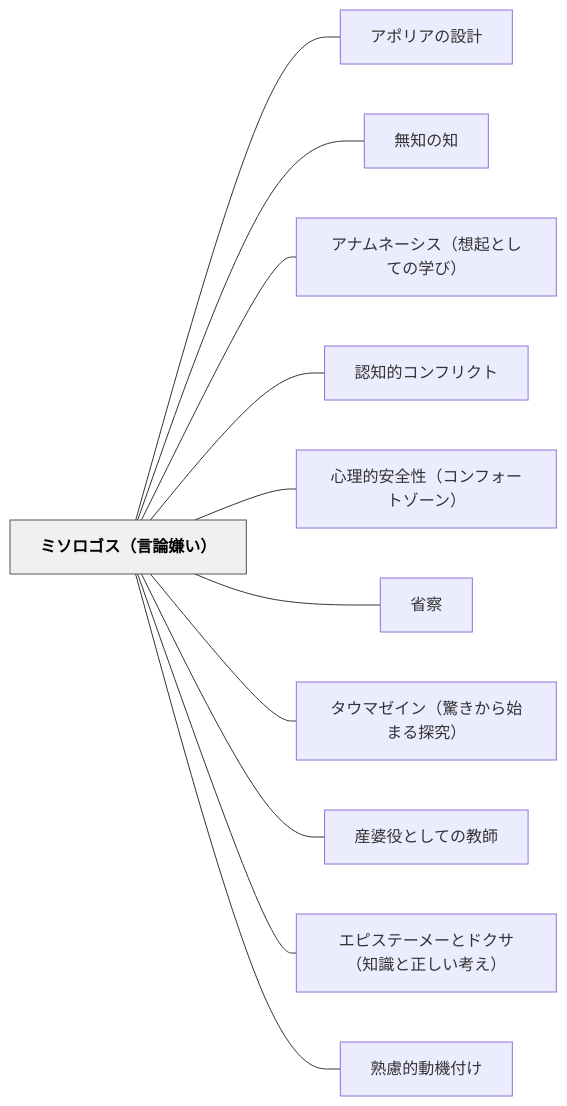
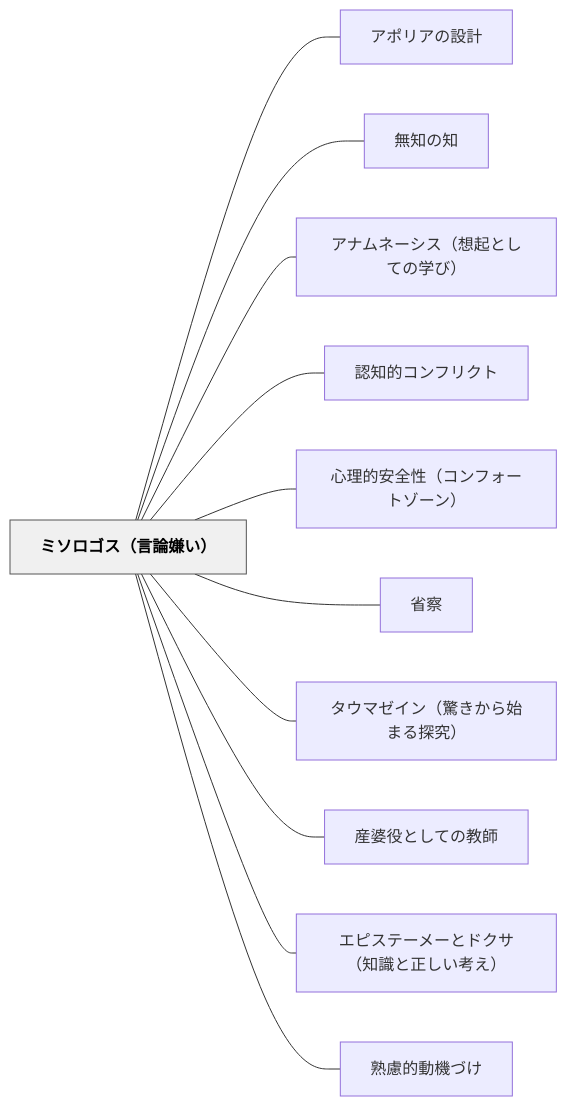
The diagram in content/パタン/ミソロゴス（言論嫌い）.md (unknownthings-ed-patterns/unknownthings-ed-patterns), drawn with Mermaid before and after one commit. The commit also changed other lines of this file and 234 other files, not shown here.

````diff
--- a/content/パタン/ミソロゴス（言論嫌い）.md
+++ b/content/パタン/ミソロゴス（言論嫌い）.md
@@ -114,28 +114,28 @@
 ```mermaid
 flowchart LR
     ne3839fe382bde383ade382b4e382b9efbc88e8a880e8ab96e5ab8ce38184efbc89["ミソロゴス（言論嫌い）"]
     ne382a2e3839de383aae382a2e381aee8a8ade8a888["アポリアの設計"]
     ne784a1e79fa5e381aee79fa5["無知の知"]
     ne382a2e3838ae383a0e3838de383bce382b7e382b9efbc88e683b3e8b5b7e381a8e38197e381a6e381aee5ada6e381b3efbc89["アナムネーシス（想起としての学び）"]
     ne8aa8de79fa5e79a84e382b3e383b3e38395e383aae382afe38388["認知的コンフリクト"]
     ne5bf83e79086e79a84e5ae89e585a8e680a7efbc88e382b3e383b3e38395e382a9e383bce38388e382bee383bce383b3efbc89["心理的安全性（コンフォートゾーン）"]
     ne79c81e5af9f["省察"]
     ne382bfe382a6e3839ee382bce382a4e383b3efbc88e9a99ae3818de3818be38289e5a78be381bee3828be68ea2e7a9b6efbc89["タウマゼイン（驚きから始まる探究）"]
     ne794a3e5a986e5bdb9e381a8e38197e381a6e381aee69599e5b8ab["産婆役としての教師"]
     ne382a8e38394e382b9e38386e383bce383a1e383bce381a8e38389e382afe382b5efbc88e79fa5e8ad98e381a8e6ada3e38197e38184e88083e38188efbc89["エピステーメーとドクサ（知識と正しい考え）"]
-    ne7869fe685aee79a84e58b95e6a99fe4bb98e38191["熟慮的動機付け"]
+    ne7869fe685aee79a84e58b95e6a99fe381a5e38191["熟慮的動機づけ"]
 
     ne3839fe382bde383ade382b4e382b9efbc88e8a880e8ab96e5ab8ce38184efbc89 --- ne382a2e3839de383aae382a2e381aee8a8ade8a888
     ne3839fe382bde383ade382b4e382b9efbc88e8a880e8ab96e5ab8ce38184efbc89 --- ne784a1e79fa5e381aee79fa5
     ne3839fe382bde383ade382b4e382b9efbc88e8a880e8ab96e5ab8ce38184efbc89 --- ne382a2e3838ae383a0e3838de383bce382b7e382b9efbc88e683b3e8b5b7e381a8e38197e381a6e381aee5ada6e381b3efbc89
     ne3839fe382bde383ade382b4e382b9efbc88e8a880e8ab96e5ab8ce38184efbc89 --- ne8aa8de79fa5e79a84e382b3e383b3e38395e383aae382afe38388
     ne3839fe382bde383ade382b4e382b9efbc88e8a880e8ab96e5ab8ce38184efbc89 --- ne5bf83e79086e79a84e5ae89e585a8e680a7efbc88e382b3e383b3e38395e382a9e383bce38388e382bee383bce383b3efbc89
     ne3839fe382bde383ade382b4e382b9efbc88e8a880e8ab96e5ab8ce38184efbc89 --- ne79c81e5af9f
     ne3839fe382bde383ade382b4e382b9efbc88e8a880e8ab96e5ab8ce38184efbc89 --- ne382bfe382a6e3839ee382bce382a4e383b3efbc88e9a99ae3818de3818be38289e5a78be381bee3828be68ea2e7a9b6efbc89
     ne3839fe382bde383ade382b4e382b9efbc88e8a880e8ab96e5ab8ce38184efbc89 --- ne794a3e5a986e5bdb9e381a8e38197e381a6e381aee69599e5b8ab
     ne3839fe382bde383ade382b4e382b9efbc88e8a880e8ab96e5ab8ce38184efbc89 --- ne382a8e38394e382b9e38386e383bce383a1e383bce381a8e38389e382afe382b5efbc88e79fa5e8ad98e381a8e6ada3e38197e38184e88083e38188efbc89
-    ne3839fe382bde383ade382b4e382b9efbc88e8a880e8ab96e5ab8ce38184efbc89 --- ne7869fe685aee79a84e58b95e6a99fe4bb98e38191
+    ne3839fe382bde383ade382b4e382b9efbc88e8a880e8ab96e5ab8ce38184efbc89 --- ne7869fe685aee79a84e58b95e6a99fe381a5e38191
 
     classDef hub fill:#f0f0f0,stroke:#555,color:#000,font-weight:bold
     class ne3839fe382bde383ade382b4e382b9efbc88e8a880e8ab96e5ab8ce38184efbc89 hub
 ```
````
